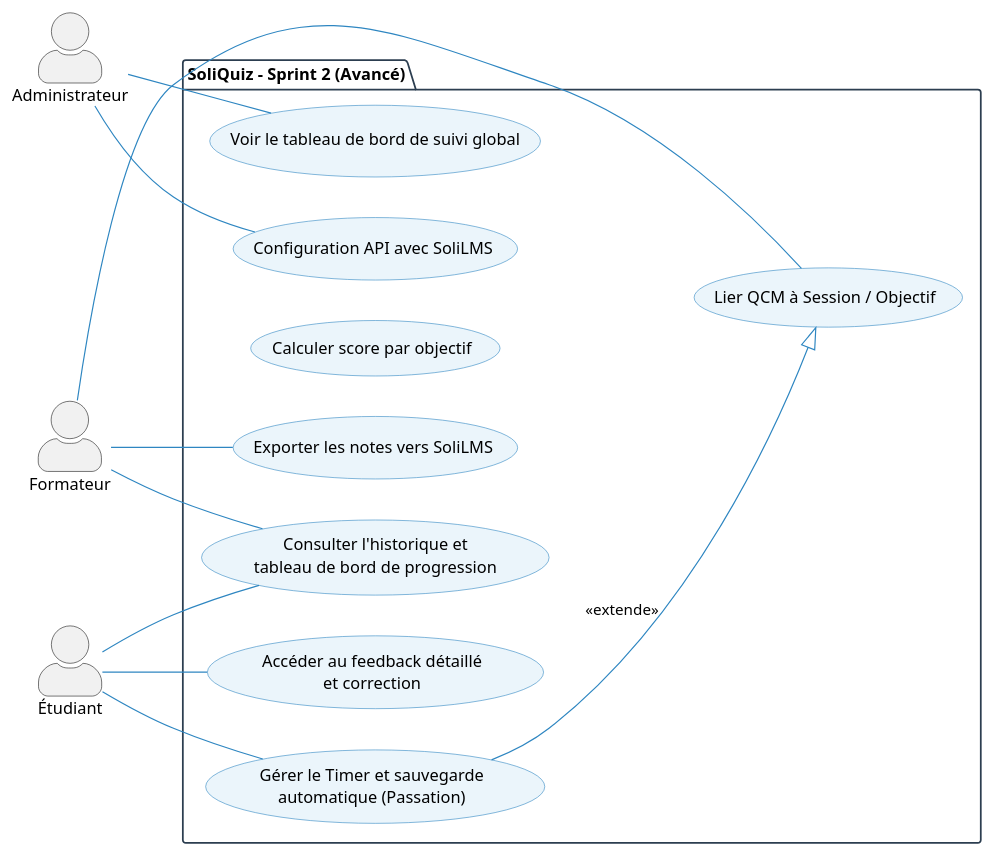
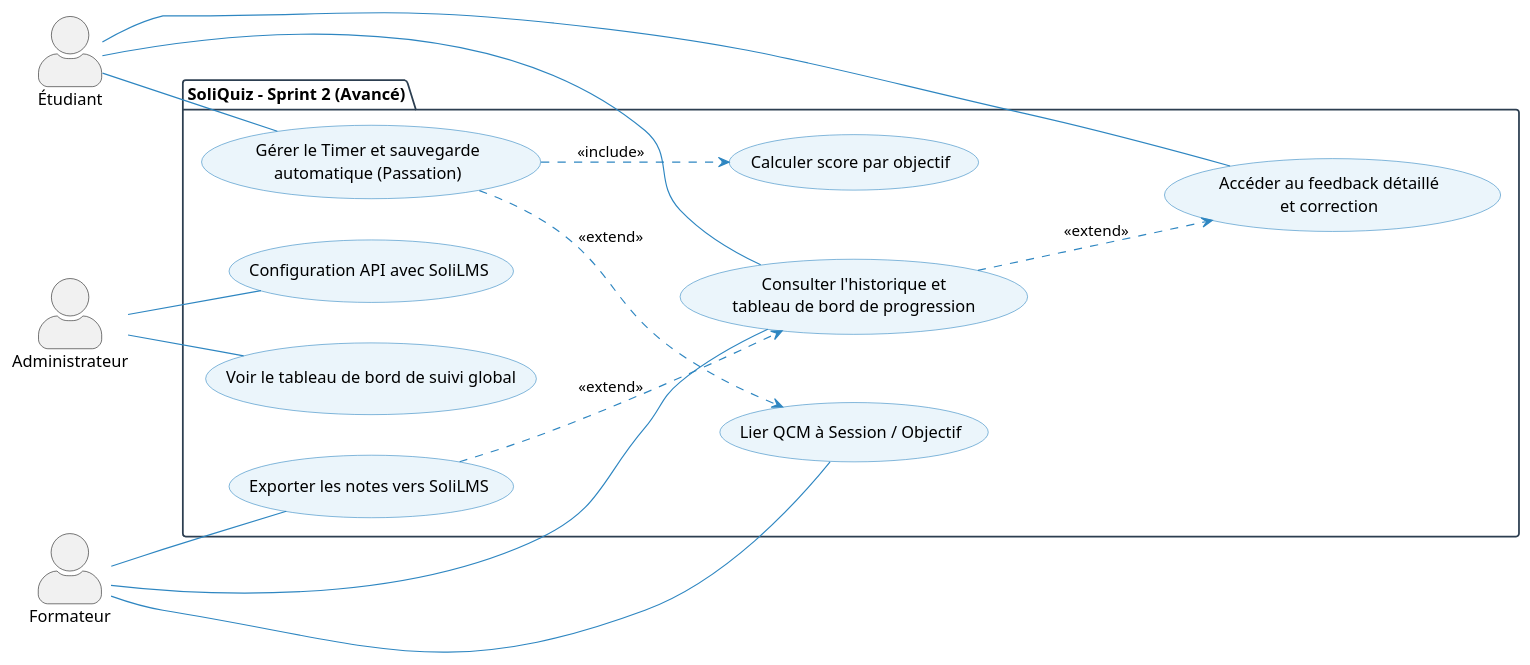
One commit to SoliQuiz/Analyse changed the diagram in cas-utilisation/cas-utilisation-sprint-2-avance.puml. Above: the diagram before and after it, drawn with PlantUML. The commit also changed 2 other files, not shown here.

Commit message:
feat: Add PlantUML use case diagrams for SoliQuiz system, including global, Sprint 1 MVP, and Sprint 2 advanced views.

```diff
--- a/cas-utilisation/cas-utilisation-sprint-2-avance.puml
+++ b/cas-utilisation/cas-utilisation-sprint-2-avance.puml
@@ -1,43 +1,38 @@
 @startuml
 skinparam actorStyle awesome
 left to right direction
-
 skinparam package {
     BackgroundColor White
     BorderColor #2C3E50
 }
-
 skinparam usecase {
     BackgroundColor #EBF5FB
     BorderColor #2E86C1
     ArrowColor #2E86C1
 }
-
 actor "Administrateur" as A
 actor "Formateur" as F
 actor "Étudiant" as E
-
 package "SoliQuiz - Sprint 2 (Avancé)" {
     usecase "Voir le tableau de bord de suivi global" as UC2_7
     usecase "Configuration API avec SoliLMS" as UC2_8
     usecase "Lier QCM à Session / Objectif" as UC2_1
     usecase "Calculer score par objectif" as UC2_2
     usecase "Accéder au feedback détaillé\net correction" as UC2_3
     usecase "Consulter l'historique et\ntableau de bord de progression" as UC2_4
     usecase "Gérer le Timer et sauvegarde\nautomatique (Passation)" as UC2_5
     usecase "Exporter les notes vers SoliLMS" as UC2_6
 }
-
 A -- UC2_7
 A -- UC2_8
-
 F -- UC2_1
 F -- UC2_4
 F -- UC2_6
-
 E -- UC2_3
 E -- UC2_4
 E -- UC2_5
-
-UC2_5 --|> UC2_1 : <<extende>>
+UC2_5 ..> UC2_1 : <<extend>>
+UC2_5 ..> UC2_2 : <<include>>
+UC2_4 ..> UC2_3 : <<extend>>
+UC2_6 ..> UC2_4 : <<extend>>
 @enduml
```
